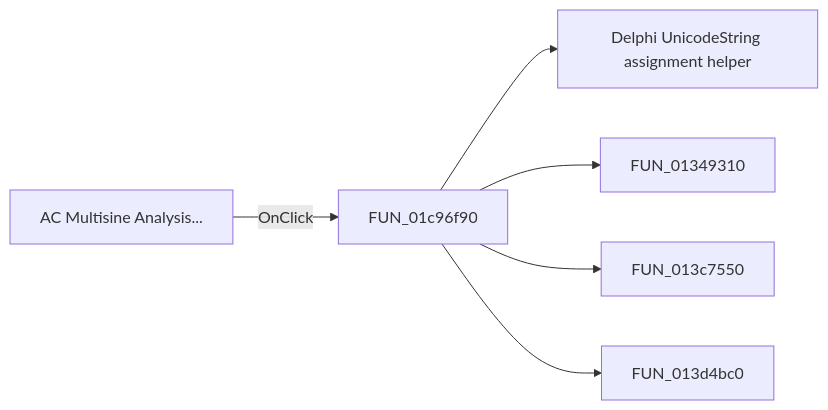
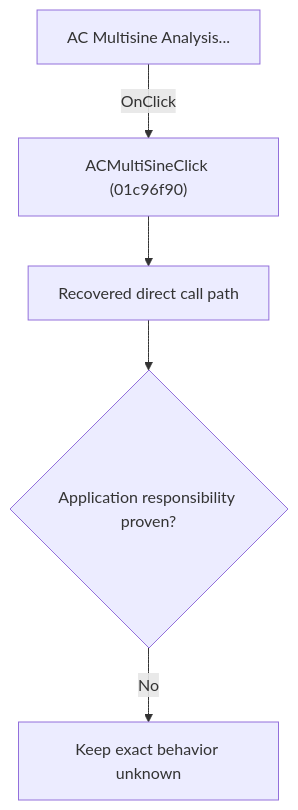
The diagram in docs/ui-controls/schematiceditor/acmultisine-38f372449a.md (MovGP0/TIARA), drawn with Mermaid before and after one commit. The commit also changed other lines of this file and 1062 other files, not shown here.

````diff
--- a/docs/ui-controls/schematiceditor/acmultisine-38f372449a.md
+++ b/docs/ui-controls/schematiceditor/acmultisine-38f372449a.md
@@ -27,8 +27,7 @@
 ```mermaid
-flowchart LR
-    control["AC Multisine Analysis..."] -->|OnClick| handler["FUN_01c96f90"]
-    handler --> call1["Delphi UnicodeString assignment helper"]
-    handler --> call2["FUN_01349310"]
-    handler --> call3["FUN_013c7550"]
-    handler --> call4["FUN_013d4bc0"]
+flowchart TD
+    control["AC Multisine Analysis..."] -->|"OnClick"| handler["ACMultiSineClick (01c96f90)"]
+    handler --> recovered["Recovered direct call path"]
+    recovered --> gap{"Application responsibility proven?"}
+    gap -->|"No"| blocked["Keep exact behavior unknown"]
 ```
````
